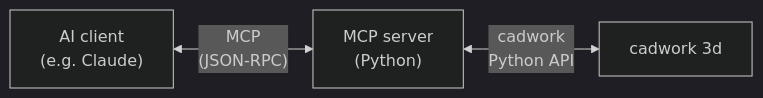
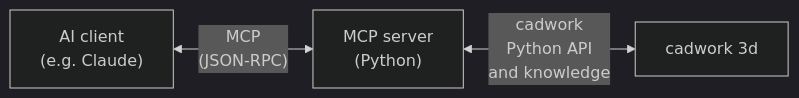
One commit to Brunner246/berner-fachhochschule-python changed the second of 2 diagrams in docs/cadwork-api/mcp.md. Above: the diagram before and after it, drawn with Mermaid (dark theme). The commit also changed other lines of this file and 4 other files, not shown here.

````diff
--- a/docs/cadwork-api/mcp.md
+++ b/docs/cadwork-api/mcp.md
@@ -89,5 +126,5 @@
 ```mermaid
 flowchart LR
     A["AI client<br/>(e.g. Claude)"] <-->|"MCP<br/>(JSON-RPC)"| B["MCP server<br/>(Python)"]
-    B <-->|"cadwork<br/>Python API"| C["cadwork 3d"]
+    B <-->|"cadwork<br/>Python API<br/>and knowledge"| C["cadwork 3d"]
 ```
````
